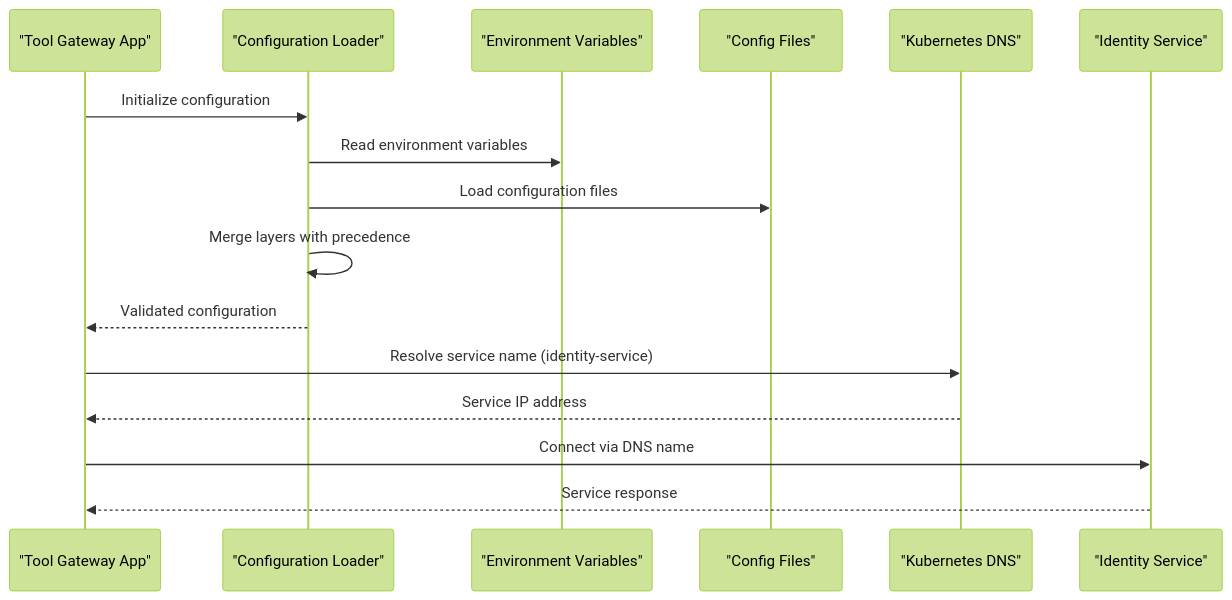
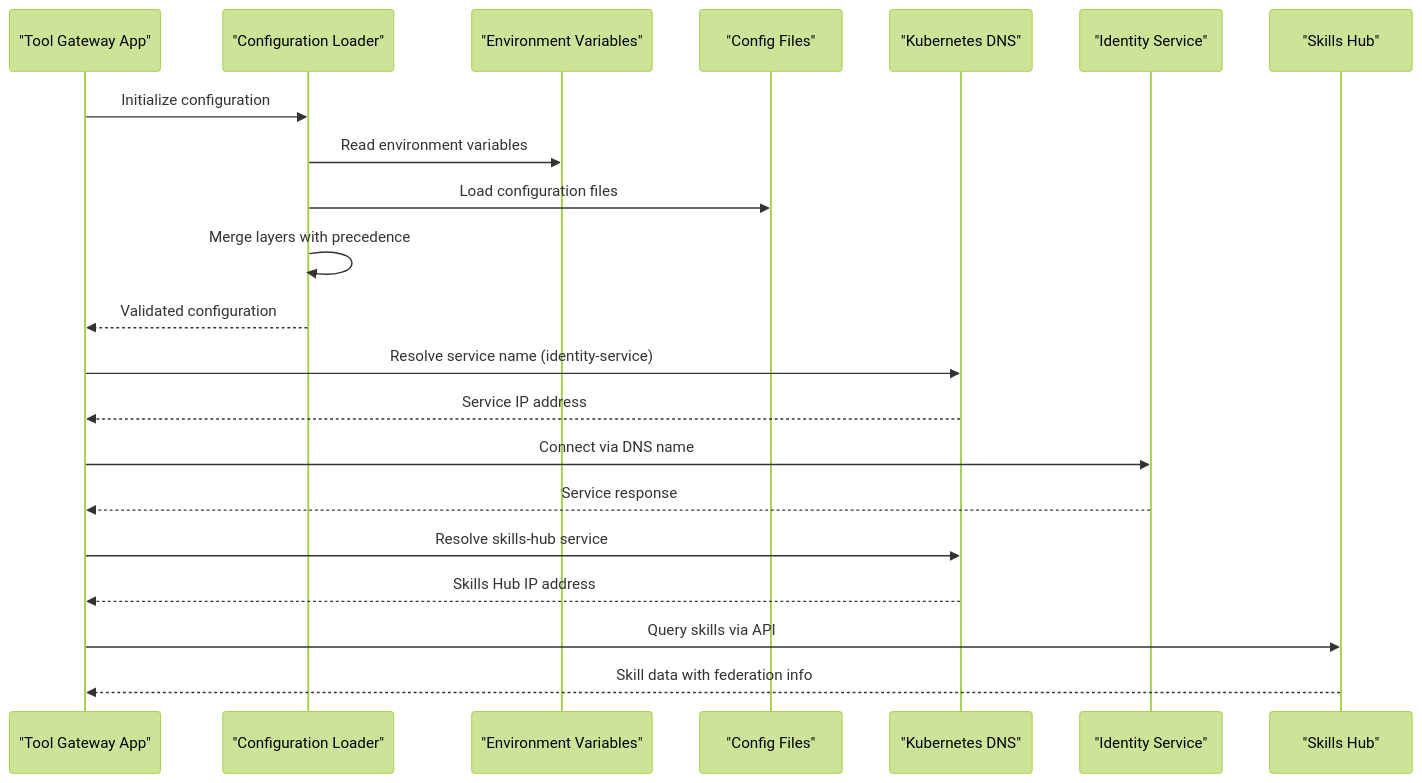
The second of 11 diagrams in .qoder/repowiki/en/content/Tool Gateway Service/Configuration and Environment Setup.md (metasync/luban-aiops), drawn with Mermaid (forest theme) before and after one commit. The commit also changed other lines of this file and 64 other files, not shown here.

Commit message:
docs: refresh repowiki knowledge cache for SPEC-014 skills hub

````diff
--- a/.qoder/repowiki/en/content/Tool Gateway Service/Configuration and Environment Setup.md
+++ b/.qoder/repowiki/en/content/Tool Gateway Service/Configuration and Environment Setup.md
@@ -116,18 +136,23 @@
 ```mermaid
 sequenceDiagram
 participant App as "Tool Gateway App"
 participant Config as "Configuration Loader"
 participant Env as "Environment Variables"
 participant File as "Config Files"
 participant DNS as "Kubernetes DNS"
 participant Service as "Identity Service"
+participant SkillsHub as "Skills Hub"
 App->>Config : Initialize configuration
 Config->>Env : Read environment variables
 Config->>File : Load configuration files
 Config->>Config : Merge layers with precedence
 Config-->>App : Validated configuration
 App->>DNS : Resolve service name (identity-service)
 DNS-->>App : Service IP address
 App->>Service : Connect via DNS name
 Service-->>App : Service response
+App->>DNS : Resolve skills-hub service
+DNS-->>App : Skills Hub IP address
+App->>SkillsHub : Query skills via API
+SkillsHub-->>App : Skill data with federation info
 ```
````
